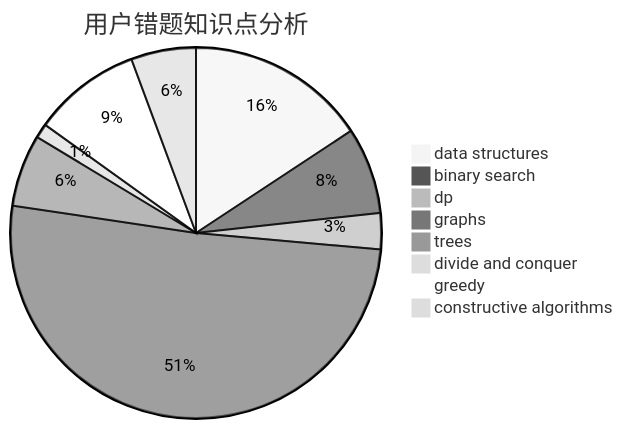
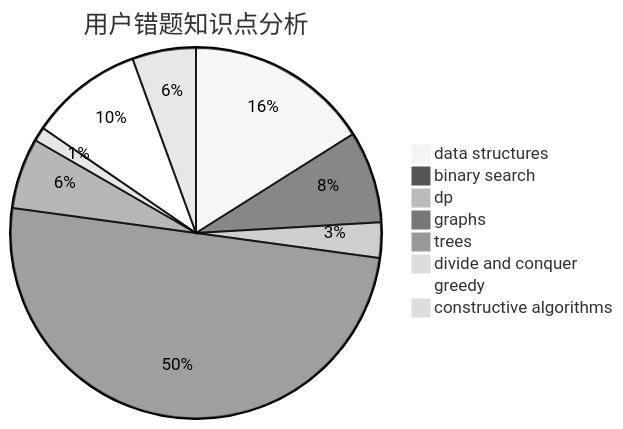
The third of 3 diagrams in docs/user/u789.md (sherpahu/cfrs.github.io), drawn with Mermaid (neutral theme) before and after one commit. The commit also changed other lines of this file and 2770 other files, not shown here.

````diff
--- a/docs/user/u789.md
+++ b/docs/user/u789.md
@@ -36,11 +36,11 @@
 ```mermaid
 pie title 用户错题知识点分析
-    "data structures" :  25
-    "binary search" :  12
+    "data structures" :  26
+    "binary search" :  13
     "dp" :  5
     "graphs" :  81
     "trees" :  10
     "divide and conquer" :  2
-    "greedy" :  15
+    "greedy" :  16
     "constructive algorithms" :  9
 ```
````
